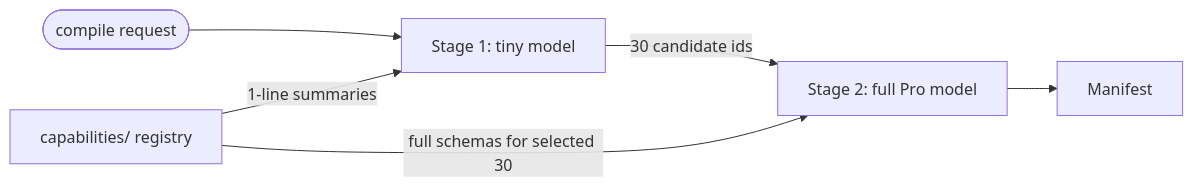
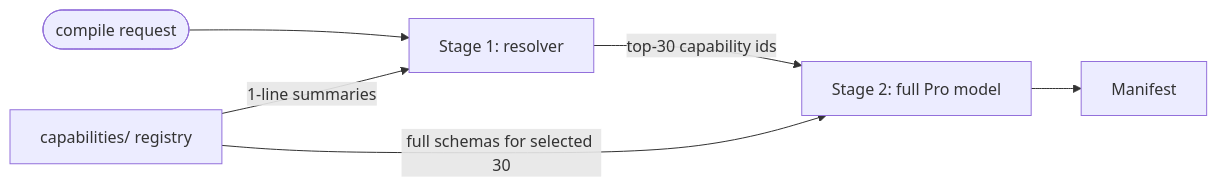
The diagram in apps/docs/src/content/docs/compiler/capability-scoping.mdx (fragmatic-io/atelier), drawn with Mermaid before and after one commit. The commit also changed other lines of this file and 15 other files, not shown here.

First line of the commit message:
feat(compiler, capability-resolver): C-3 / S-1 — two-stage compile via capability scoping

````diff
--- a/apps/docs/src/content/docs/compiler/capability-scoping.mdx
+++ b/apps/docs/src/content/docs/compiler/capability-scoping.mdx
@@ -12,8 +12,8 @@
 ```mermaid
 flowchart LR
-  Start([compile request]) --> Stage1[Stage 1: tiny model]
-  Stage1 -->|"30 candidate ids"| Stage2[Stage 2: full Pro model]
+  Start([compile request]) --> Stage1[Stage 1: resolver]
+  Stage1 -->|"top-30 capability ids"| Stage2[Stage 2: full Pro model]
   Registry[capabilities/ registry] -->|1-line summaries| Stage1
   Registry -->|full schemas for selected 30| Stage2
   Stage2 --> Manifest
 ```
````
